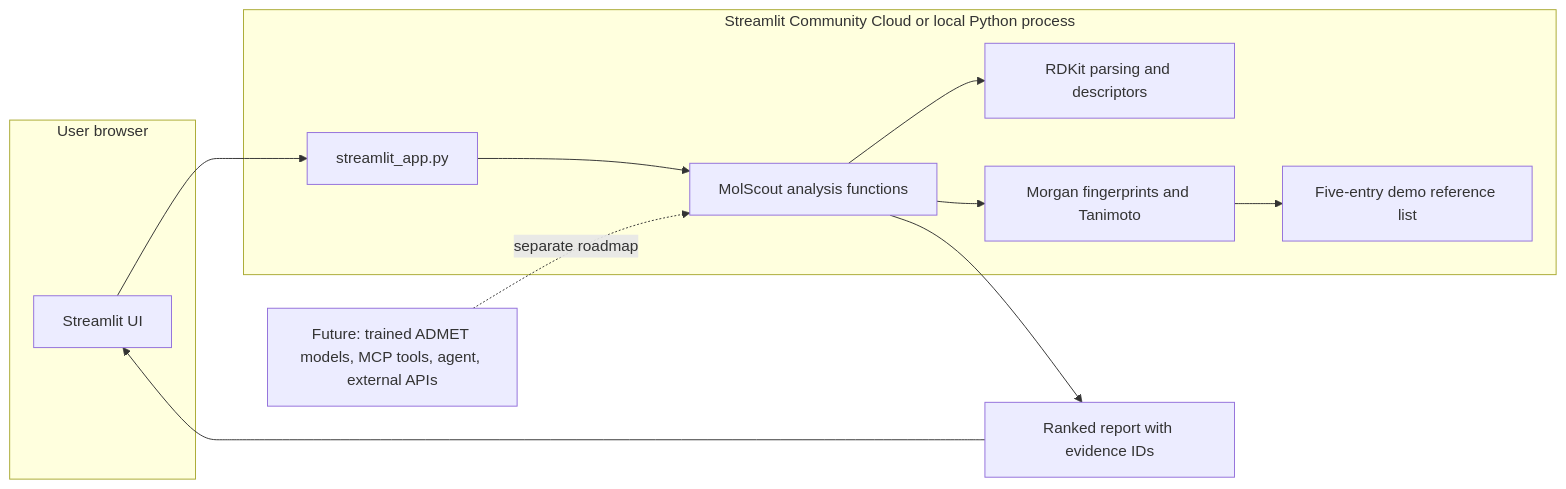
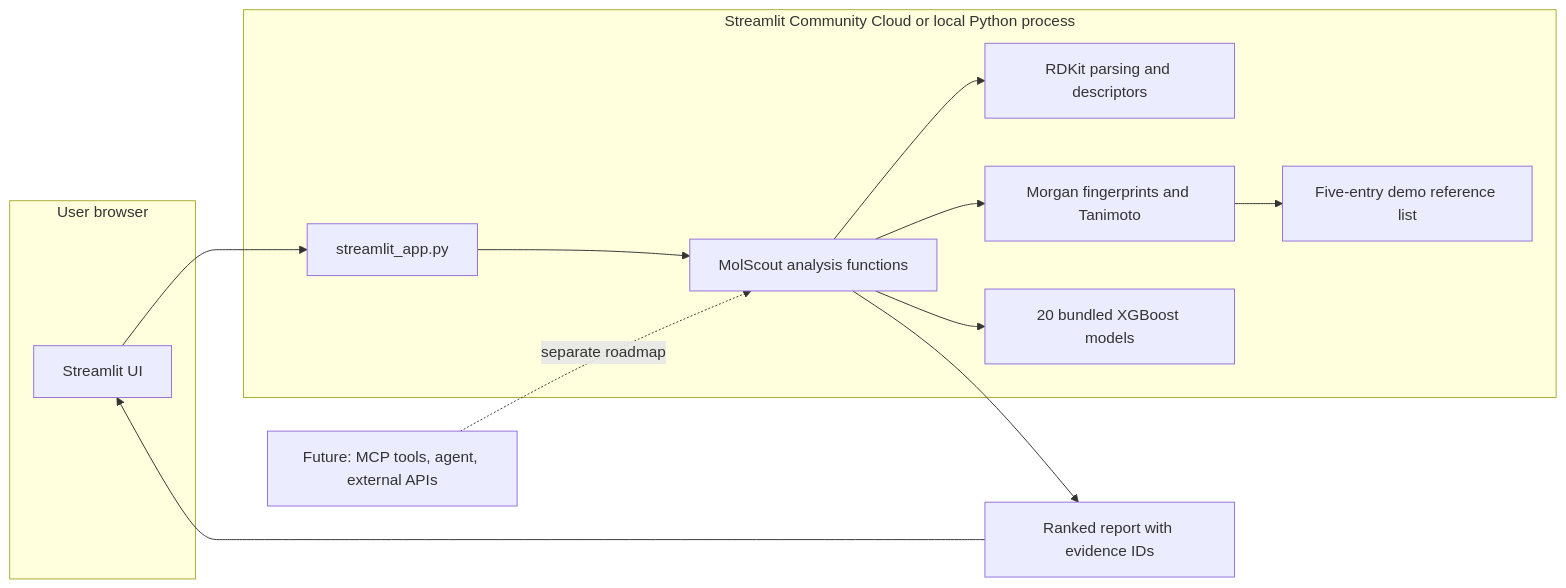
Before and after one commit to rohith-jpg/molscout: the second of 2 diagrams in README.md, drawn with Mermaid. The commit also changed other lines of this file and 23 other files, not shown here.

Commit message:
feat: run baseline ADMET models in live demo

````diff
--- a/README.md
+++ b/README.md
@@ -54,21 +56,23 @@
 ```mermaid
 flowchart LR
     subgraph Browser[User browser]
         UI[Streamlit UI]
     end
     subgraph Runtime[Streamlit Community Cloud or local Python process]
         APP[streamlit_app.py]
         CORE[MolScout analysis functions]
         RD[RDKit parsing and descriptors]
         FP[Morgan fingerprints and Tanimoto]
         REF[Five-entry demo reference list]
+        MODELS[20 bundled XGBoost models]
     end
     UI --> APP
     APP --> CORE
     CORE --> RD
     CORE --> FP
     FP --> REF
+    CORE --> MODELS
     CORE --> OUT[Ranked report with evidence IDs]
     OUT --> UI
-    FUT[Future: trained ADMET models, MCP tools, agent, external APIs] -. separate roadmap .-> CORE
+    FUT[Future: MCP tools, agent, external APIs] -. separate roadmap .-> CORE
 ```
````
